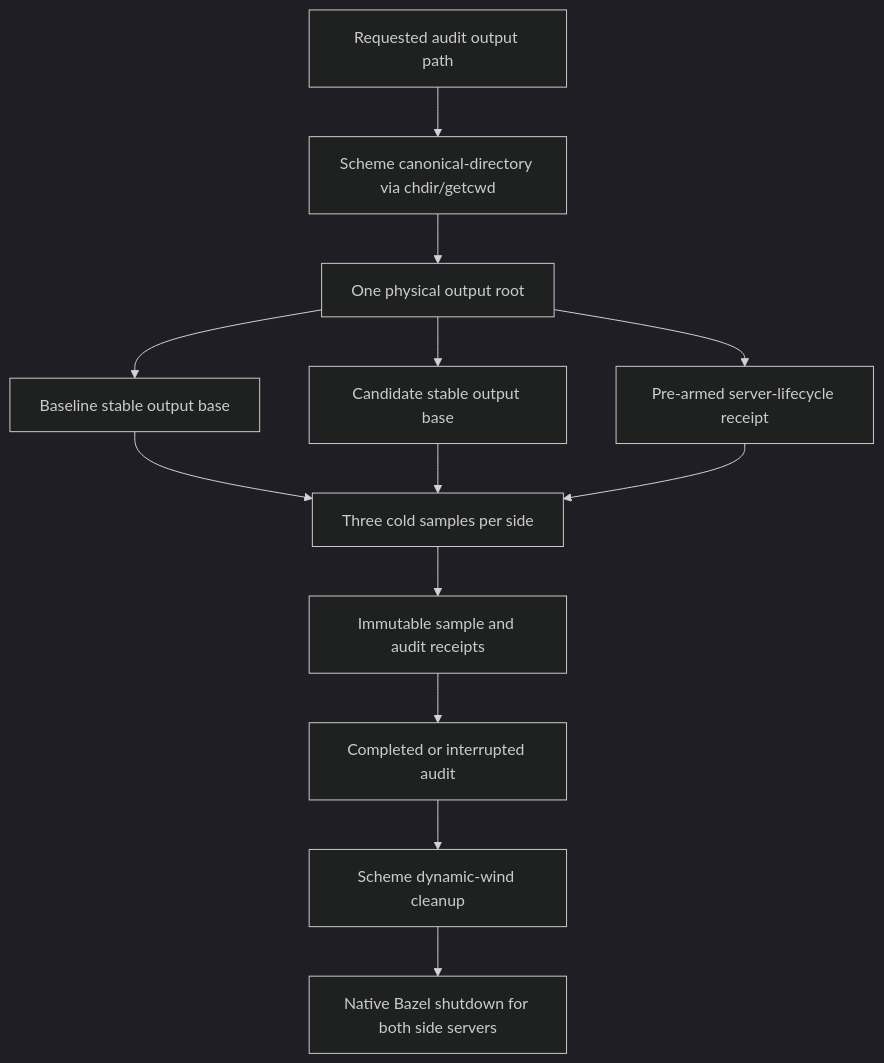
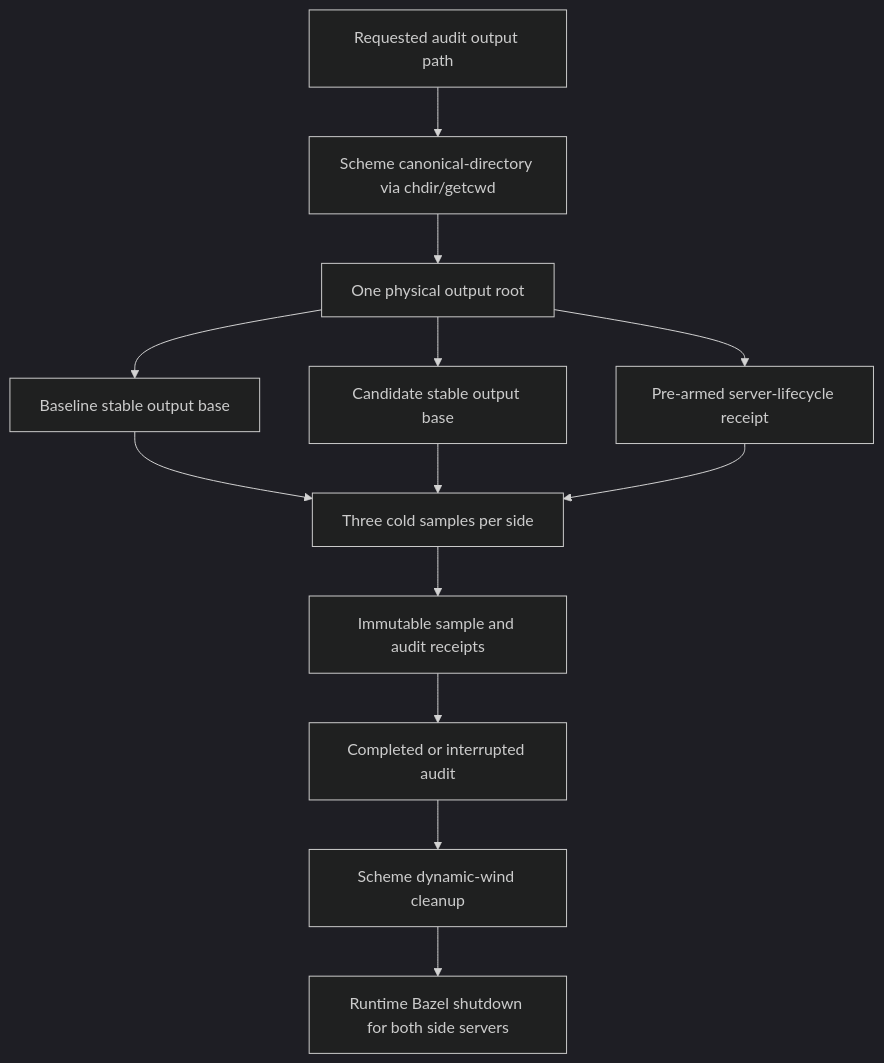
One commit to tao3k/gebril-yuanxu changed the eighth of 20 diagrams in module-system/design/156-gerbil-bazel-pr29-downstream-performance-receipt.org. Above: the diagram before and after it, drawn with Mermaid (dark theme). The commit also changed other lines of this file and 1469 other files, not shown here.

```diff
--- a/module-system/design/156-gerbil-bazel-pr29-downstream-performance-receipt.org
+++ b/module-system/design/156-gerbil-bazel-pr29-downstream-performance-receipt.org
@@ -543,27 +543,27 @@
 #+begin_src mermaid
 flowchart TD
   Input["Requested audit output path"]
   Canonical["Scheme canonical-directory via chdir/getcwd"]
   Physical["One physical output root"]
   Baseline["Baseline stable output base"]
   Candidate["Candidate stable output base"]
   Armed["Pre-armed server-lifecycle receipt"]
   Samples["Three cold samples per side"]
   Receipt["Immutable sample and audit receipts"]
   Exit["Completed or interrupted audit"]
   Cleanup["Scheme dynamic-wind cleanup"]
-  Reclaim["Native Bazel shutdown for both side servers"]
+  Reclaim["Runtime Bazel shutdown for both side servers"]
 
   Input --> Canonical
   Canonical --> Physical
   Physical --> Baseline
   Physical --> Candidate
   Physical --> Armed
   Baseline --> Samples
   Candidate --> Samples
   Armed --> Samples
   Samples --> Receipt
   Receipt --> Exit
   Exit --> Cleanup
   Cleanup --> Reclaim
 #+end_src
```
